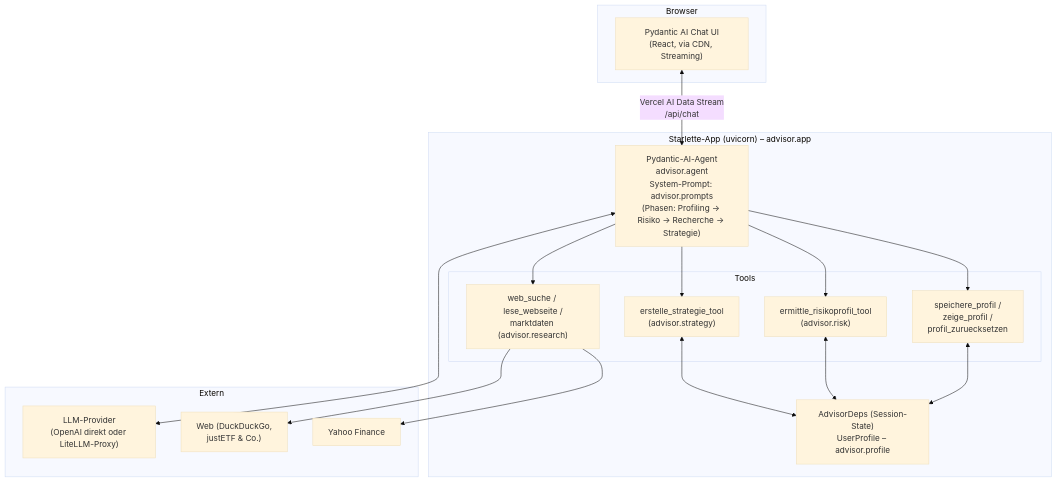
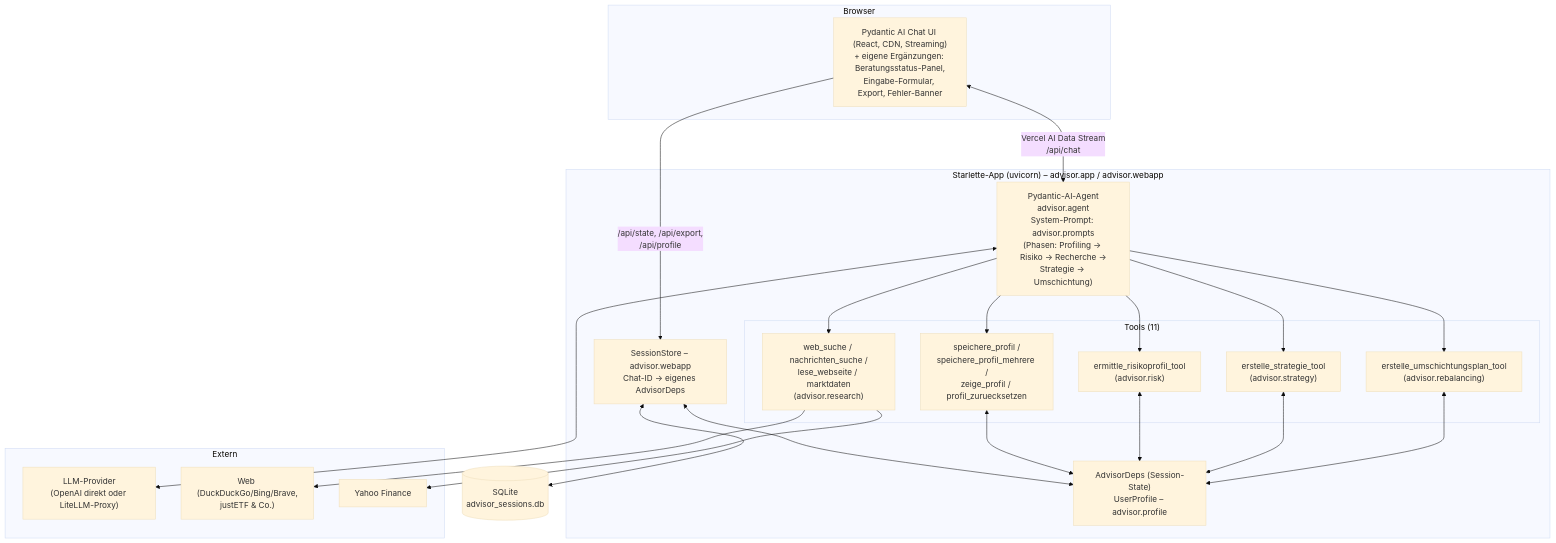
One commit to dominikwipfler/personal_financial_advisor changed the diagram in README.md. Above: the diagram before and after it, drawn with Mermaid (base theme). The commit also changed other lines of this file and 2 other files, not shown here.

````diff
--- a/README.md
+++ b/README.md
@@ -64,33 +76,41 @@
 ```mermaid
 flowchart TB
     subgraph Browser
-        UI["Pydantic AI Chat UI<br/>(React, via CDN, Streaming)"]
+        UI["Pydantic AI Chat UI (React, CDN, Streaming)<br/>+ eigene Ergänzungen: Beratungsstatus-Panel,<br/>Eingabe-Formular, Export, Fehler-Banner"]
     end
 
-    subgraph Server["Starlette-App (uvicorn) – advisor.app"]
-        AGENT["Pydantic-AI-Agent<br/>advisor.agent<br/>System-Prompt: advisor.prompts<br/>(Phasen: Profiling → Risiko → Recherche → Strategie)"]
+    subgraph Server["Starlette-App (uvicorn) – advisor.app / advisor.webapp"]
+        AGENT["Pydantic-AI-Agent<br/>advisor.agent<br/>System-Prompt: advisor.prompts<br/>(Phasen: Profiling → Risiko → Recherche →<br/>Strategie → Umschichtung)"]
+        STORE["SessionStore – advisor.webapp<br/>Chat-ID → eigenes AdvisorDeps"]
         DEPS["AdvisorDeps (Session-State)<br/>UserProfile – advisor.profile"]
 
-        subgraph Tools
-            T1["speichere_profil /<br/>zeige_profil /<br/>profil_zuruecksetzen"]
+        subgraph Tools["Tools (11)"]
+            T1["speichere_profil /<br/>speichere_profil_mehrere /<br/>zeige_profil / profil_zuruecksetzen"]
             T2["ermittle_risikoprofil_tool<br/>(advisor.risk)"]
             T3["erstelle_strategie_tool<br/>(advisor.strategy)"]
-            T4["web_suche / lese_webseite /<br/>marktdaten (advisor.research)"]
+            T5["erstelle_umschichtungsplan_tool<br/>(advisor.rebalancing)"]
+            T4["web_suche / nachrichten_suche /<br/>lese_webseite / marktdaten<br/>(advisor.research)"]
         end
     end
 
     subgraph Extern
         LLM["LLM-Provider<br/>(OpenAI direkt oder LiteLLM-Proxy)"]
-        WEB["Web (DuckDuckGo,<br/>justETF & Co.)"]
+        WEB["Web (DuckDuckGo/Bing/Brave,<br/>justETF & Co.)"]
         YF["Yahoo Finance"]
     end
 
+    DB[("SQLite<br/>advisor_sessions.db")]
+
     UI <-->|"Vercel AI Data Stream<br/>/api/chat"| AGENT
+    UI -->|"/api/state, /api/export,<br/>/api/profile"| STORE
     AGENT <--> LLM
-    AGENT --> T1 & T2 & T3 & T4
+    AGENT --> T1 & T2 & T3 & T5 & T4
+    STORE <--> DEPS
+    STORE <--> DB
     T1 <--> DEPS
     T2 <--> DEPS
     T3 <--> DEPS
+    T5 <--> DEPS
     T4 --> WEB
     T4 --> YF
 ```
````
